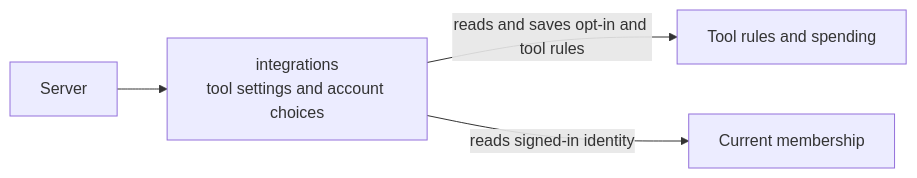
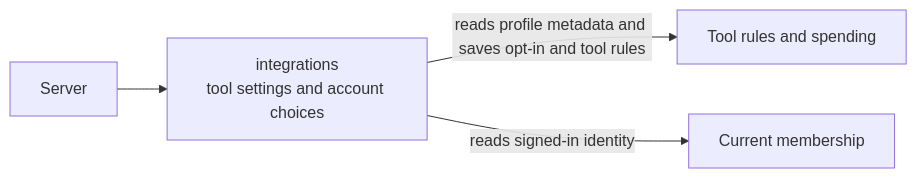
One commit to elewa-git/opencrane-new changed the diagram in apps/server/src/integrations/README.md. Above: the diagram before and after it, drawn with Mermaid. The commit also changed other lines of this file and 10 other files, not shown here.

Commit message:
🔎 Let current admins inspect safe personal profile metadata

````diff
--- a/apps/server/src/integrations/README.md
+++ b/apps/server/src/integrations/README.md
@@ -73,6 +73,6 @@
 ```mermaid
 flowchart LR
   server[Server] --> integrations["integrations<br/>tool settings and account choices"]
-  integrations -->|reads and saves opt-in and tool rules| models[Tool rules and spending]
+  integrations -->|reads profile metadata and saves opt-in and tool rules| models[Tool rules and spending]
   integrations -->|reads signed-in identity| members[Current membership]
 ```
````
